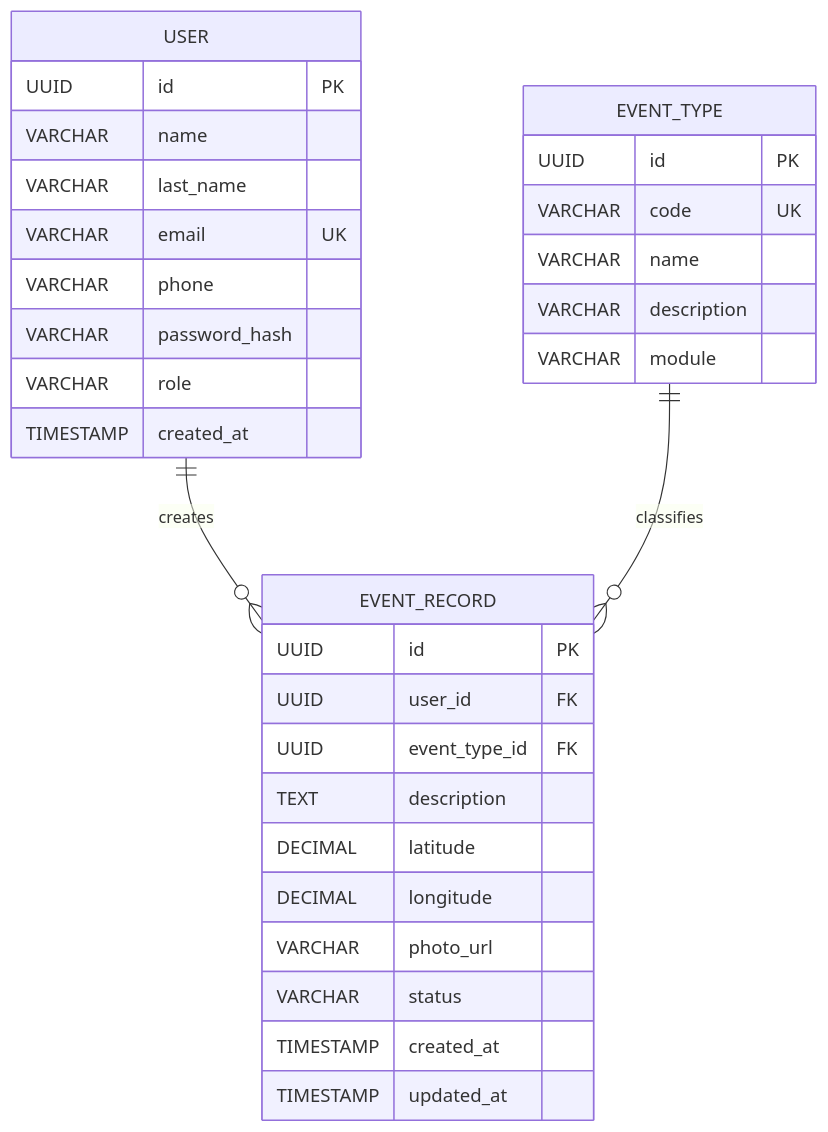
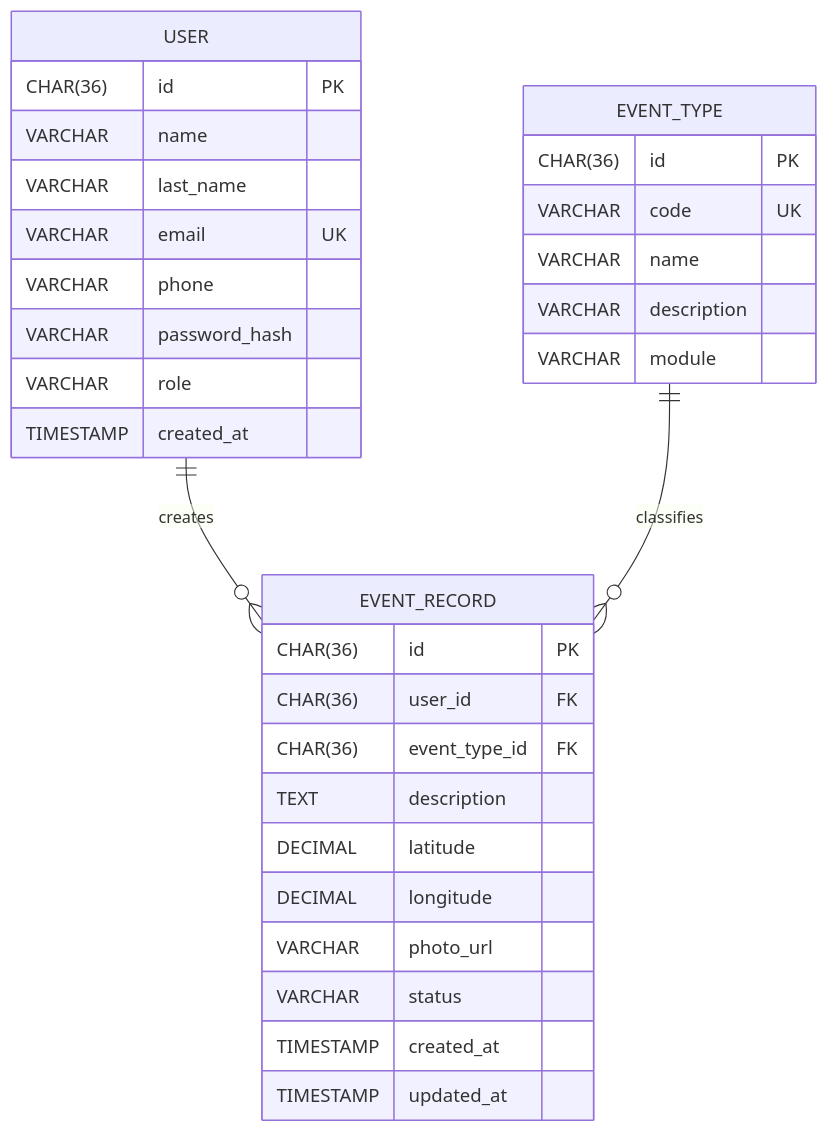
Before and after one commit to oralb-sys/smartsafe: the diagram in docs/03-architecture/database.md, drawn with Mermaid. The commit also changed other lines of this file and 2 other files, not shown here.

Commit message:
docs(database): adoptar MariaDB

````diff
--- a/docs/03-architecture/database.md
+++ b/docs/03-architecture/database.md
@@ -195,37 +195,37 @@
 ```mermaid
 erDiagram
     USER ||--o{ EVENT_RECORD : creates
     EVENT_TYPE ||--o{ EVENT_RECORD : classifies
 
     USER {
-        UUID id PK
+        CHAR(36) id PK
         VARCHAR name
         VARCHAR last_name
         VARCHAR email UK
         VARCHAR phone
         VARCHAR password_hash
         VARCHAR role
         TIMESTAMP created_at
     }
 
     EVENT_TYPE {
-        UUID id PK
+        CHAR(36) id PK
         VARCHAR code UK
         VARCHAR name
         VARCHAR description
         VARCHAR module
     }
 
     EVENT_RECORD {
-        UUID id PK
-        UUID user_id FK
-        UUID event_type_id FK
+        CHAR(36) id PK
+        CHAR(36) user_id FK
+        CHAR(36) event_type_id FK
         TEXT description
         DECIMAL latitude
         DECIMAL longitude
         VARCHAR photo_url
         VARCHAR status
         TIMESTAMP created_at
         TIMESTAMP updated_at
     }
 ```
````
